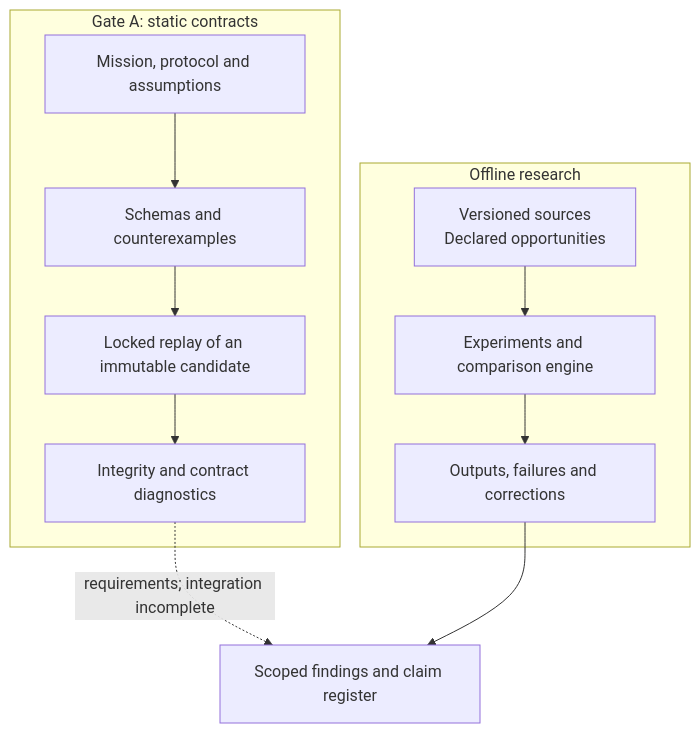
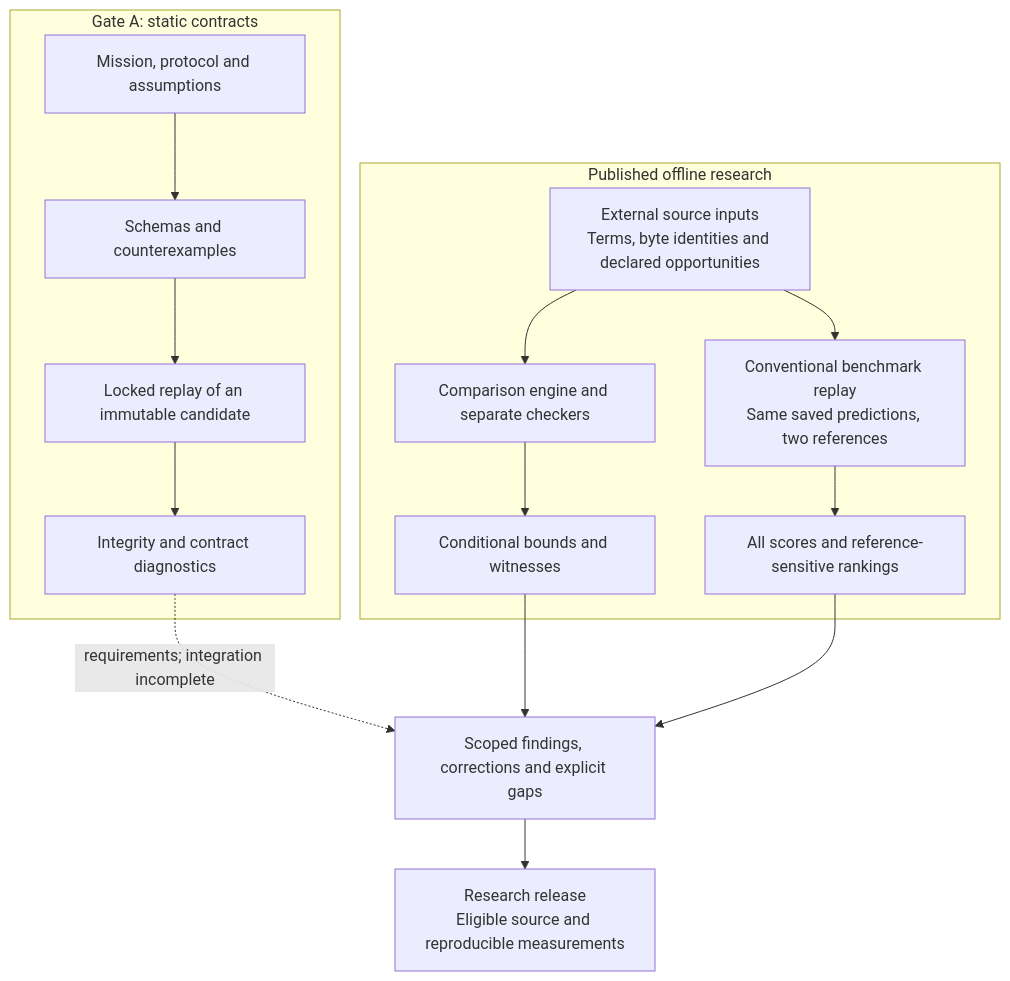
One commit to manfromnowhere143/reiyah changed the sixth of 6 diagrams in README.md. Above: the diagram before and after it, drawn with Mermaid. The commit also changed other lines of this file and 36 other files, not shown here.

Commit message:
Publish corrected research and reproducible reference-revision results

````diff
--- a/README.md
+++ b/README.md
@@ -291,14 +289,18 @@
 ```mermaid
 flowchart TB
   subgraph CONTRACT["Gate A: static contracts"]
     M["Mission, protocol and assumptions"] --> F["Schemas and counterexamples"]
     F --> L["Locked replay of an immutable candidate"]
     L --> I["Integrity and contract diagnostics"]
   end
-  subgraph RESEARCH["Offline research"]
-    D["Versioned sources<br/>Declared opportunities"] --> X["Experiments and comparison engine"]
-    X --> T["Outputs, failures and corrections"]
+  subgraph RESEARCH["Published offline research"]
+    D["External source inputs<br/>Terms, byte identities and declared opportunities"] --> X["Comparison engine and separate checkers"]
+    D --> B["Conventional benchmark replay<br/>Same saved predictions, two references"]
+    X --> T["Conditional bounds and witnesses"]
+    B --> R["All scores and reference-sensitive rankings"]
   end
-  I -. "requirements; integration incomplete" .-> C["Scoped findings and claim register"]
+  I -. "requirements; integration incomplete" .-> C["Scoped findings, corrections and explicit gaps"]
   T --> C
+  R --> C
+  C --> P["Research release<br/>Eligible source and reproducible measurements"]
 ```
````
